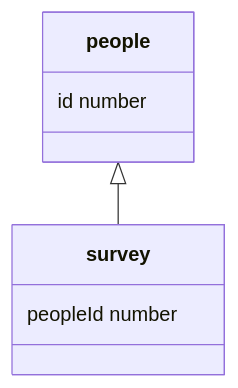
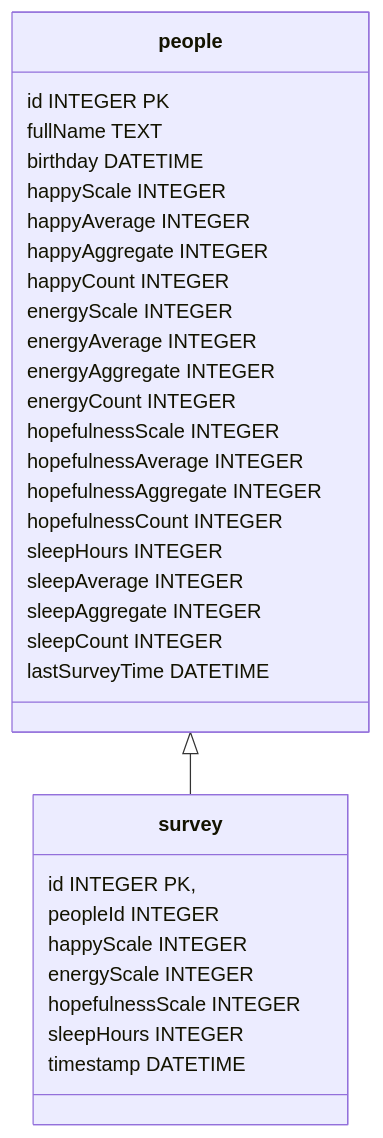
Before and after one commit to edster9/mood-survey-app: the second of 2 diagrams in README.md, drawn with Mermaid. The commit also changed other lines of this file, not shown here.

Commit message:
updated ERD

````diff
--- a/README.md
+++ b/README.md
@@ -71,11 +58,36 @@
 ```mermaid
 classDiagram
     people <|-- survey
     class people{
-        id number
+        id INTEGER PK
+        fullName TEXT
+        birthday DATETIME
+        happyScale INTEGER
+        happyAverage INTEGER
+        happyAggregate INTEGER
+        happyCount INTEGER
+        energyScale INTEGER
+        energyAverage INTEGER
+        energyAggregate INTEGER
+        energyCount INTEGER
+        hopefulnessScale INTEGER
+        hopefulnessAverage INTEGER
+        hopefulnessAggregate INTEGER
+        hopefulnessCount INTEGER
+        sleepHours INTEGER
+        sleepAverage INTEGER
+        sleepAggregate INTEGER
+        sleepCount INTEGER
+        lastSurveyTime DATETIME
     }
     class survey{
-        peopleId number
+        id INTEGER PK,
+        peopleId INTEGER
+        happyScale INTEGER
+        energyScale INTEGER
+        hopefulnessScale INTEGER
+        sleepHours INTEGER
+        timestamp DATETIME
     }
 
 ```
````
